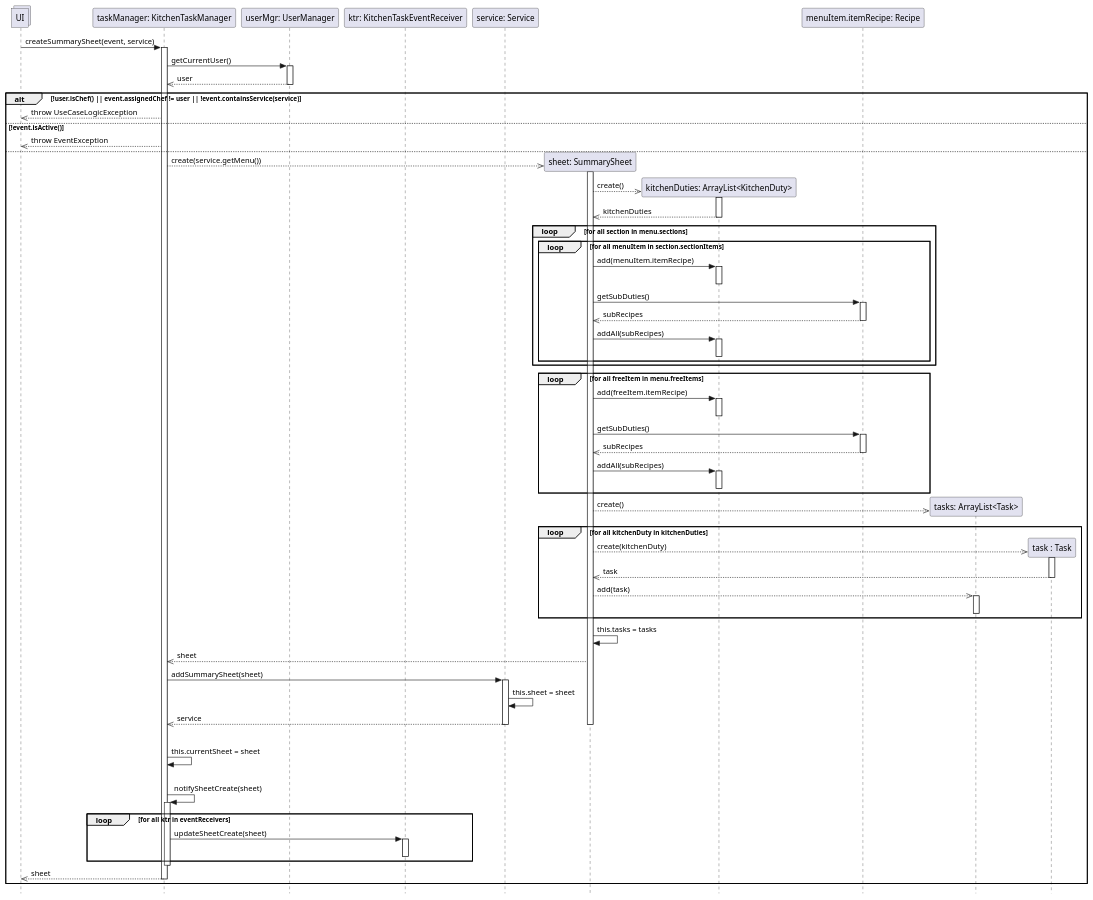
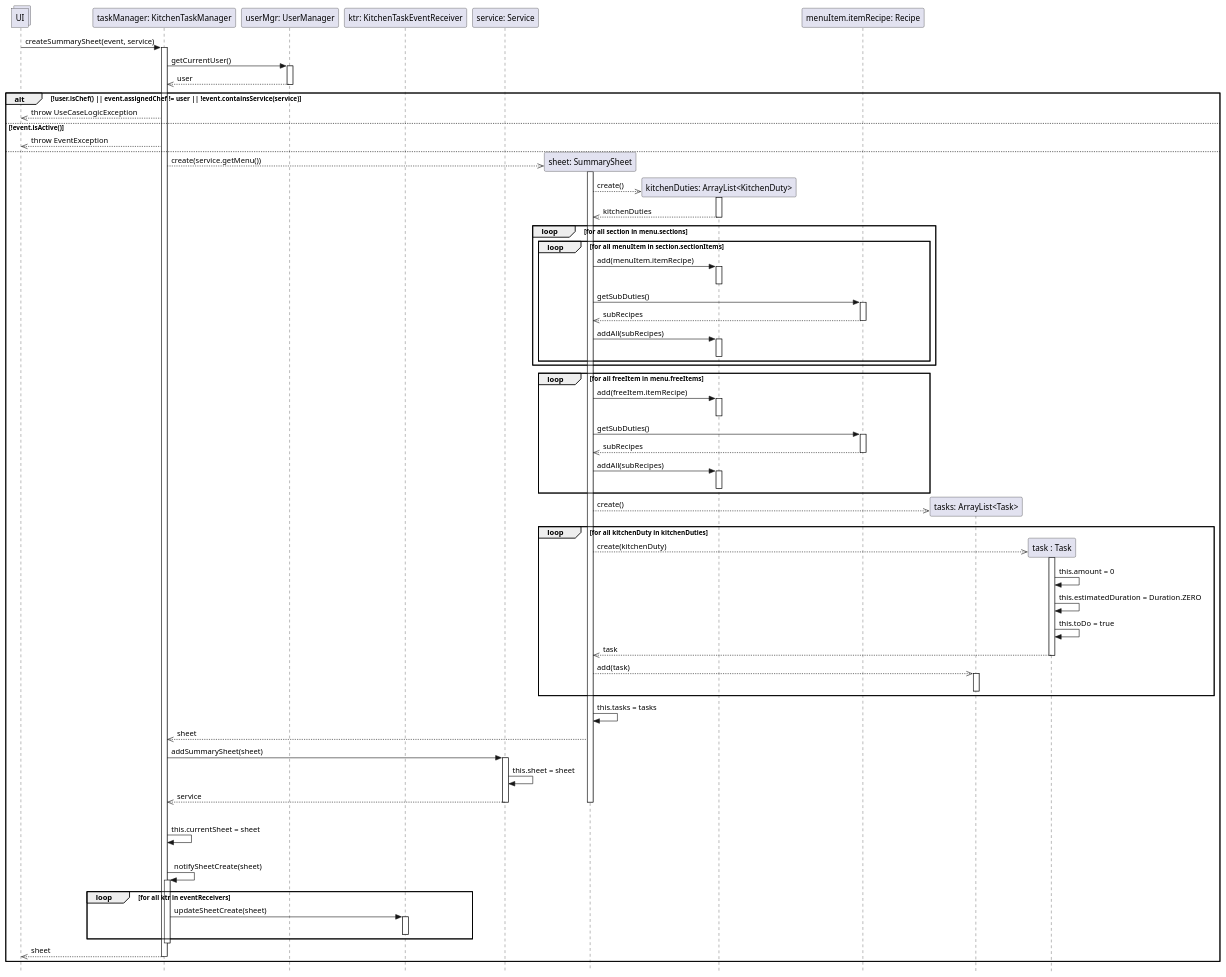
One commit to stefa168/sas-project changed the diagram in UP/Progettazione/UC Gestire Compiti Cucina/DSD/DSD Operazione 1.puml. Above: the diagram before and after it, drawn with PlantUML. The commit also changed 4 other files, not shown here.

```diff
--- a/UP/Progettazione/UC Gestire Compiti Cucina/DSD/DSD Operazione 1.puml
+++ b/UP/Progettazione/UC Gestire Compiti Cucina/DSD/DSD Operazione 1.puml
@@ -1,111 +1,113 @@
 @startuml Operazione 1
 skinparam Style strictuml
 
 collections UI
 
 participant "taskManager: KitchenTaskManager" as tm
 UI -> tm: createSummarySheet(event, service)
 activate tm
 
 participant "userMgr: UserManager" as um
 participant "ktr: KitchenTaskEventReceiver" as ktr
 participant "service: Service" as service
 tm -> um: getCurrentUser()
 activate um
 tm <<-- um: user
 deactivate um
 
 alt !user.isChef() || event.assignedChef != user || !event.containsService(service)
     UI <<-- tm: throw UseCaseLogicException
 else !event.isActive()
     UI <<-- tm: throw EventException
 else
     participant "sheet: SummarySheet" as ss
     tm -->> ss **: create(service.getMenu())
     activate ss
 
     participant "kitchenDuties: ArrayList<KitchenDuty>" as kdList
     ss -->> kdList**: create()
     activate kdList
     return kitchenDuties
     deactivate kdList
     
     loop for all section in menu.sections
         loop for all menuItem in section.sectionItems
             ss -> kdList: add(menuItem.itemRecipe)
             activate kdList
             deactivate kdList
             
             participant "menuItem.itemRecipe: Recipe" as recipe
             ss -> recipe: getSubDuties()
             activate recipe
             ss <<-- recipe: subRecipes
             deactivate recipe
 
             ss -> kdList: addAll(subRecipes)
             activate kdList
             deactivate kdList
 
         end
     end
 
     loop for all freeItem in menu.freeItems
         ss -> kdList: add(freeItem.itemRecipe)
         activate kdList
         deactivate kdList
 
         participant "freeItem.itemRecipe: Recipe" as recipe
             ss -> recipe: getSubDuties()
             activate recipe
             ss <<-- recipe: subRecipes
             deactivate recipe
 
             ss -> kdList: addAll(subRecipes)
             activate kdList
             deactivate kdList
     end
 
     participant "tasks: ArrayList<Task>" as tasks
     ss -->> tasks**: create()
 
     loop for all kitchenDuty in kitchenDuties
         participant "task : Task" as t
         ss -->> t **: create(kitchenDuty)
         activate t
-        ' ss <<-- t :task
+        t -> t: this.amount = 0
+        t -> t: this.estimatedDuration = Duration.ZERO
+        t -> t: this.toDo = true
         return task
         deactivate t
         ss -->>tasks: add(task)
         activate tasks
         deactivate tasks
     end
 
     ss -> ss: this.tasks = tasks
     tm <<-- ss: sheet
 
     tm -> service: addSummarySheet(sheet)
     activate service
     service->service:this.sheet = sheet
     tm <<-- service: service
     deactivate service
 
     deactivate ss
     |||
     tm -> tm: this.currentSheet = sheet
     |||
     tm -> tm: notifySheetCreate(sheet)
     activate tm
     loop for all ktr in eventReceivers
         tm -> ktr : updateSheetCreate(sheet)
         activate ktr
         deactivate ktr
     end
     deactivate tm
 
 
     UI <<-- tm: sheet
     deactivate tm
     
 end
 
 @enduml
```
